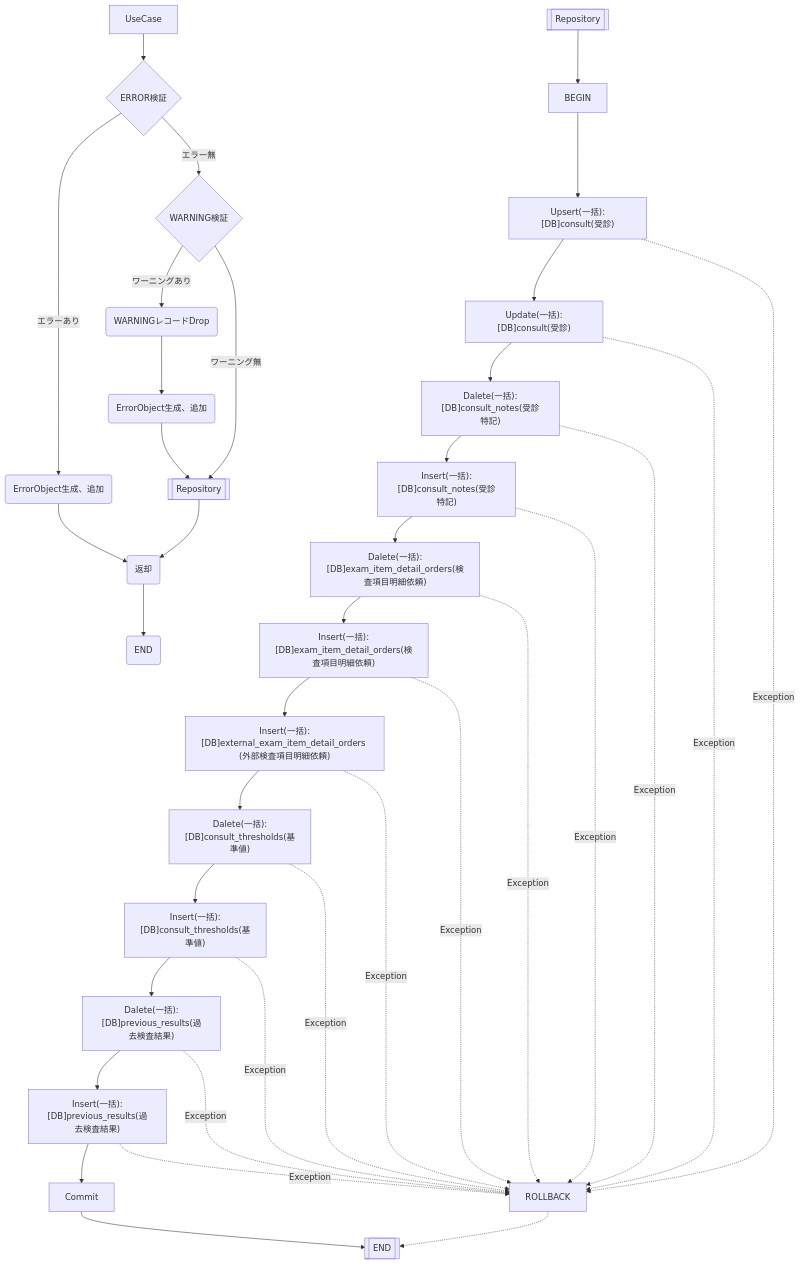
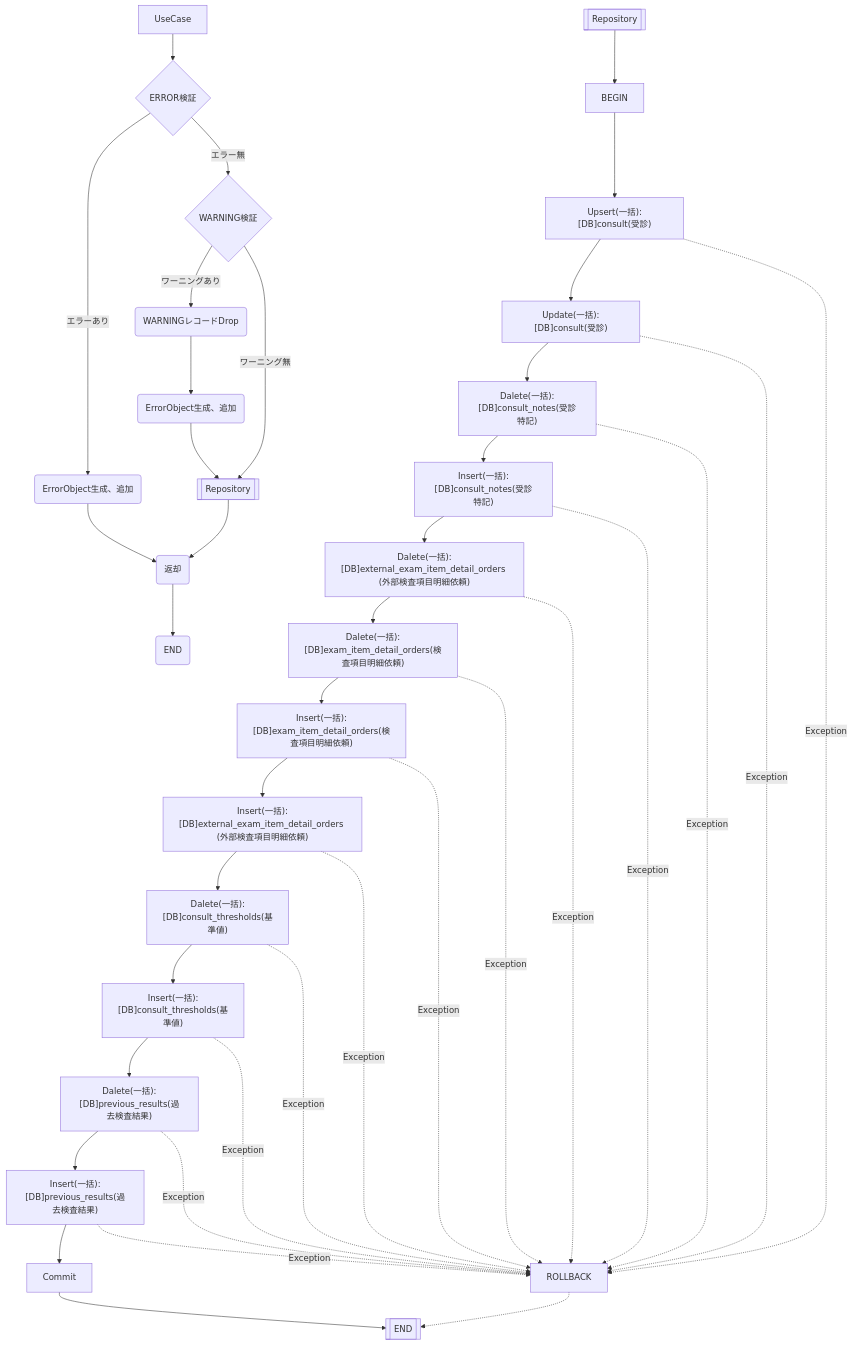
Before and after one commit to MrWangpeilin945/FlutterIOS: the diagram in Documents/外部IF設計書/src/docs/ユースケース/EC2004_受診を更新する.adoc, drawn with Mermaid. The commit also changed other lines of this file, not shown here.

```diff
--- a/Documents/外部IF設計書/src/docs/ユースケース/EC2004_受診を更新する.adoc
+++ b/Documents/外部IF設計書/src/docs/ユースケース/EC2004_受診を更新する.adoc
@@ -10,41 +10,43 @@
 [mermaid]
 ----
 flowchart TD
     A[UseCase] --> ERROR{ERROR検証}
     ERROR -- エラーあり --> C(ErrorObject生成、追加)
     ERROR -- エラー無 --> WARNING{WARNING検証}    
     WARNING -- ワーニングあり --> DROP(WARNINGレコードDrop)
     DROP(WARNINGレコードDrop) --> DROP_REC(ErrorObject生成、追加)
     DROP_REC --> D[[Repository]]
     WARNING -- ワーニング無 --> D
     C --> E(返却)
     D --> E
     E --> UseCaseEND(END)
 
     F[[Repository]] --> G[BEGIN]
     G --> H["Upsert(一括):[DB]consult(受診)"]
     H --> I["Update(一括):[DB]consult(受診)"]
     I --> J["Dalete(一括):[DB]consult_notes(受診特記)"]
     J --> K["Insert(一括):[DB]consult_notes(受診特記)"]
-    K --> L["Dalete(一括):[DB]exam_item_detail_orders(検査項目明細依頼)"]
+    K --> K2["Dalete(一括):[DB]external_exam_item_detail_orders (外部検査項目明細依頼)"]
+    K2 --> L["Dalete(一括):[DB]exam_item_detail_orders(検査項目明細依頼)"]
     L --> L2["Insert(一括):[DB]exam_item_detail_orders(検査項目明細依頼)"]
     L2 --> M["Insert(一括):[DB]external_exam_item_detail_orders (外部検査項目明細依頼)"]
     M --> N["Dalete(一括):[DB]consult_thresholds(基準値)"]
     N --> O["Insert(一括):[DB]consult_thresholds(基準値)"]
     O --> P["Dalete(一括):[DB]previous_results(過去検査結果)"]
     P --> Q["Insert(一括):[DB]previous_results(過去検査結果)"]
     Q --> Commit[Commit]
     H -.Exception.-> ROLLBACK[ROLLBACK]
     I -.Exception.-> ROLLBACK
     J -.Exception.-> ROLLBACK
     K -.Exception.-> ROLLBACK
+    K2 -.Exception.-> ROLLBACK
     L -.Exception.-> ROLLBACK
     L2 -.Exception.-> ROLLBACK
     M -.Exception.-> ROLLBACK
     N -.Exception.-> ROLLBACK
     O -.Exception.-> ROLLBACK
     P -.Exception.-> ROLLBACK
     Q -.Exception.-> ROLLBACK
     Commit --> RepositoryEND[[END]]
     ROLLBACK .-> RepositoryEND
 ----
```
